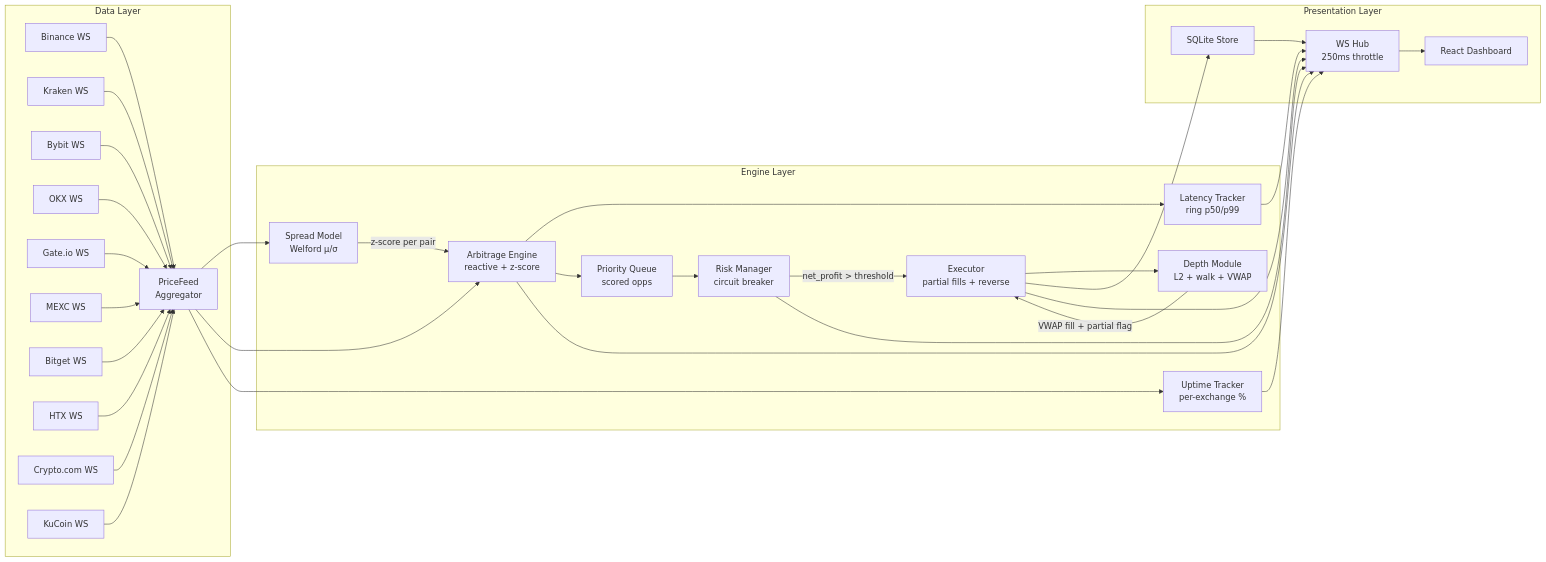
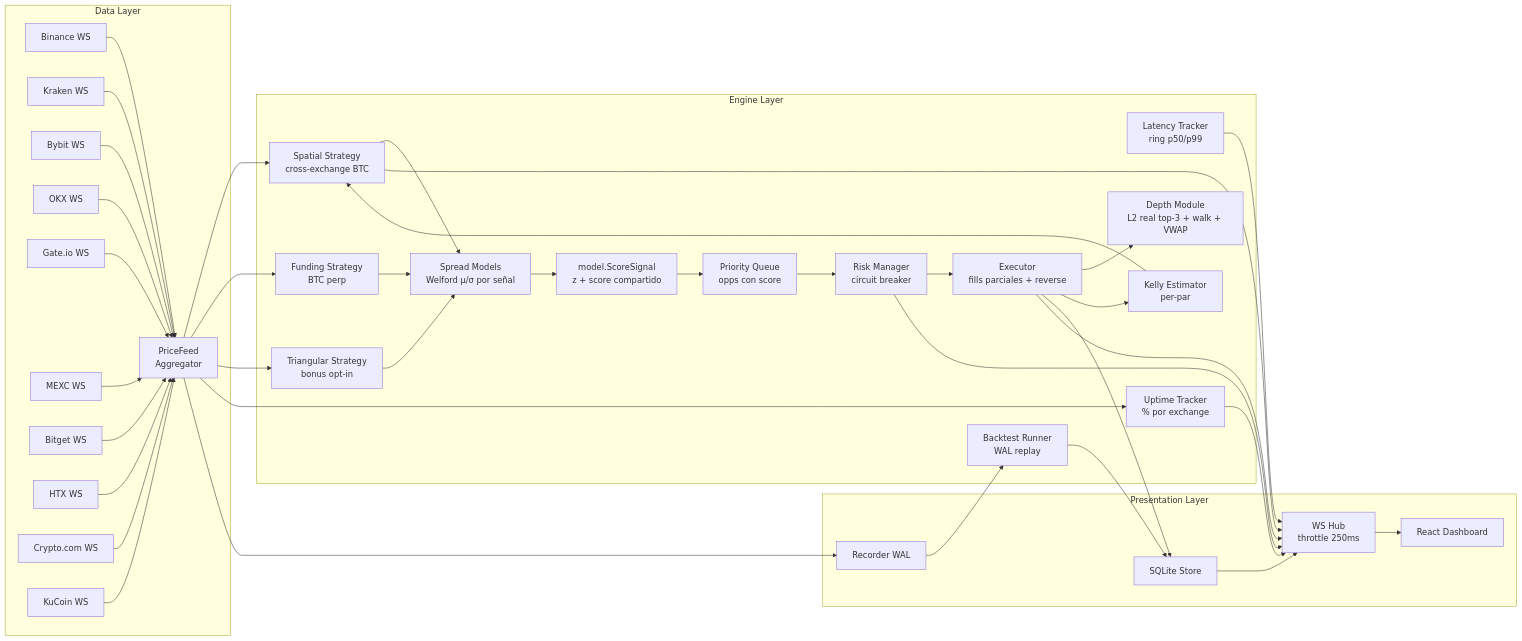
The diagram in README.md (vmnavarro94/Brecha-CH_MX-2026), drawn with Mermaid before and after one commit. The commit also changed other lines of this file and 1 other file, not shown here.

First line of the commit message:
docs(readme): rewrite in Spanish + clarify multi-strategy scope

````diff
--- a/README.md
+++ b/README.md
@@ -24,49 +26,58 @@
 ```mermaid
 flowchart LR
     subgraph Data["Data Layer"]
         BN["Binance WS"]
         KR["Kraken WS"]
         BY["Bybit WS"]
         OX["OKX WS"]
         GT["Gate.io WS"]
         MX["MEXC WS"]
         BT["Bitget WS"]
         HT["HTX WS"]
         CC["Crypto.com WS"]
         KC["KuCoin WS"]
         AGG["PriceFeed<br/>Aggregator"]
         BN & KR & BY & OX & GT & MX & BT & HT & CC & KC --> AGG
     end
 
     subgraph Engine["Engine Layer"]
-        SM["Spread Model<br/>Welford μ/σ"]
-        AE["Arbitrage Engine<br/>reactive + z-score"]
+        SP["Spatial Strategy<br/>cross-exchange BTC"]
+        FD["Funding Strategy<br/>BTC perp"]
+        TR["Triangular Strategy<br/>bonus opt-in"]
+        SM["Spread Models<br/>Welford μ/σ por señal"]
+        SS["model.ScoreSignal<br/>z + score compartido"]
         LT["Latency Tracker<br/>ring p50/p99"]
-        UT["Uptime Tracker<br/>per-exchange %"]
-        PQ["Priority Queue<br/>scored opps"]
+        UT["Uptime Tracker<br/>% por exchange"]
+        PQ["Priority Queue<br/>opps con score"]
         RM["Risk Manager<br/>circuit breaker"]
-        DP["Depth Module<br/>L2 + walk + VWAP"]
-        ES["Executor<br/>partial fills + reverse"]
+        DP["Depth Module<br/>L2 real top-3 + walk + VWAP"]
+        KE["Kelly Estimator<br/>per-par"]
+        ES["Executor<br/>fills parciales + reverse"]
+        BK["Backtest Runner<br/>WAL replay"]
     end
 
     subgraph Presentation["Presentation Layer"]
         STORE["SQLite Store"]
-        HUB["WS Hub<br/>250ms throttle"]
+        REC["Recorder WAL"]
+        HUB["WS Hub<br/>throttle 250ms"]
         UI["React Dashboard"]
     end
 
-    AGG --> SM
-    AGG --> AE
+    AGG --> SP & FD & TR
     AGG --> UT
-    AE --> LT
-    SM -->|"z-score per pair"| AE
-    AE --> PQ
+    SP & FD & TR --> SM
+    SM --> SS
+    SS --> PQ
     PQ --> RM
-    RM -->|"net_profit > threshold"| ES
+    RM --> ES
     ES --> DP
-    DP -->|"VWAP fill + partial flag"| ES
+    ES --> KE
+    KE --> SP
+    AGG --> REC
+    REC --> BK
+    BK --> STORE
     ES --> STORE
-    ES & RM & LT & UT & AE --> HUB
+    ES & RM & LT & UT & SP --> HUB
     STORE --> HUB
     HUB --> UI
 ```
````
